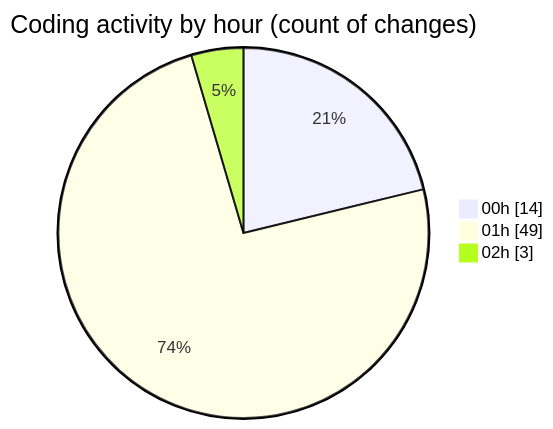
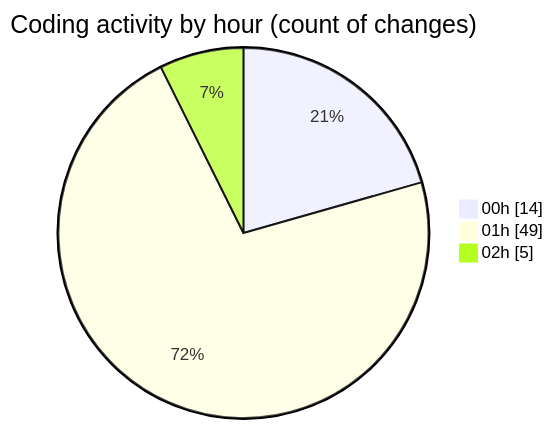
Before and after one commit to momahboobian/code-tracking: the second of 2 diagrams in 2025-01-11/good-pr/README.md, drawn with Mermaid. The commit also changed other lines of this file and 1 other file, not shown here.

````diff
--- a/2025-01-11/good-pr/README.md
+++ b/2025-01-11/good-pr/README.md
@@ -51,7 +51,7 @@
 ```mermaid
 pie showData
 title Coding activity by hour (count of changes)
 "00h" : 14
 "01h" : 49
-"02h" : 3
+"02h" : 5
 ```
````
